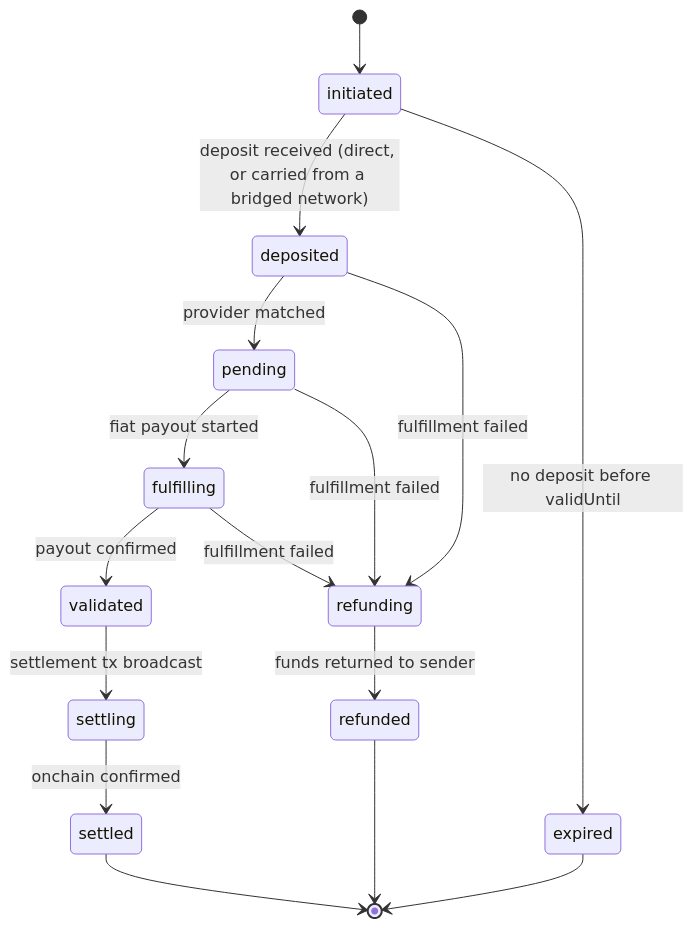
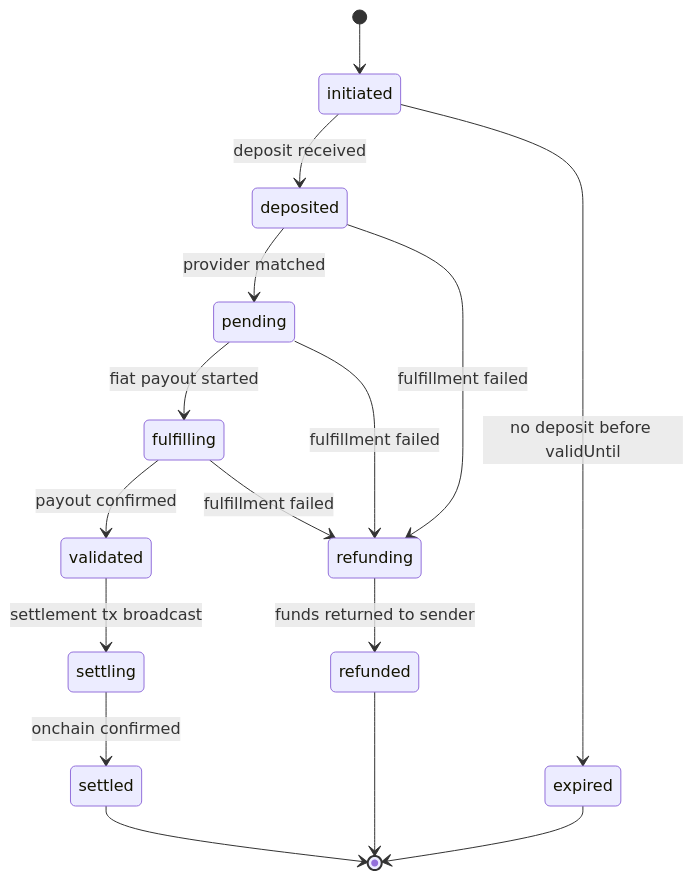
Before and after one commit to paycrest/docs: the first of 2 diagrams in concepts/transaction-lifecycle.mdx, drawn with Mermaid. The commit also changed other lines of this file and 11 other files, not shown here.

First line of the commit message:
docs(sender): list Solana as an ordinary network; remove bridged networks (#31)

````diff
--- a/concepts/transaction-lifecycle.mdx
+++ b/concepts/transaction-lifecycle.mdx
@@ -10,18 +10,18 @@
 ```mermaid
 stateDiagram-v2
     [*] --> initiated
-    initiated --> deposited: deposit received (direct, or carried from a bridged network)
+    initiated --> deposited: deposit received
     initiated --> expired: no deposit before validUntil
     deposited --> pending: provider matched
     pending --> fulfilling: fiat payout started
     fulfilling --> validated: payout confirmed
     validated --> settling: settlement tx broadcast
     settling --> settled: onchain confirmed
     deposited --> refunding: fulfillment failed
     pending --> refunding: fulfillment failed
     fulfilling --> refunding: fulfillment failed
     refunding --> refunded: funds returned to sender
     expired --> [*]
     settled --> [*]
     refunded --> [*]
 ```
````
